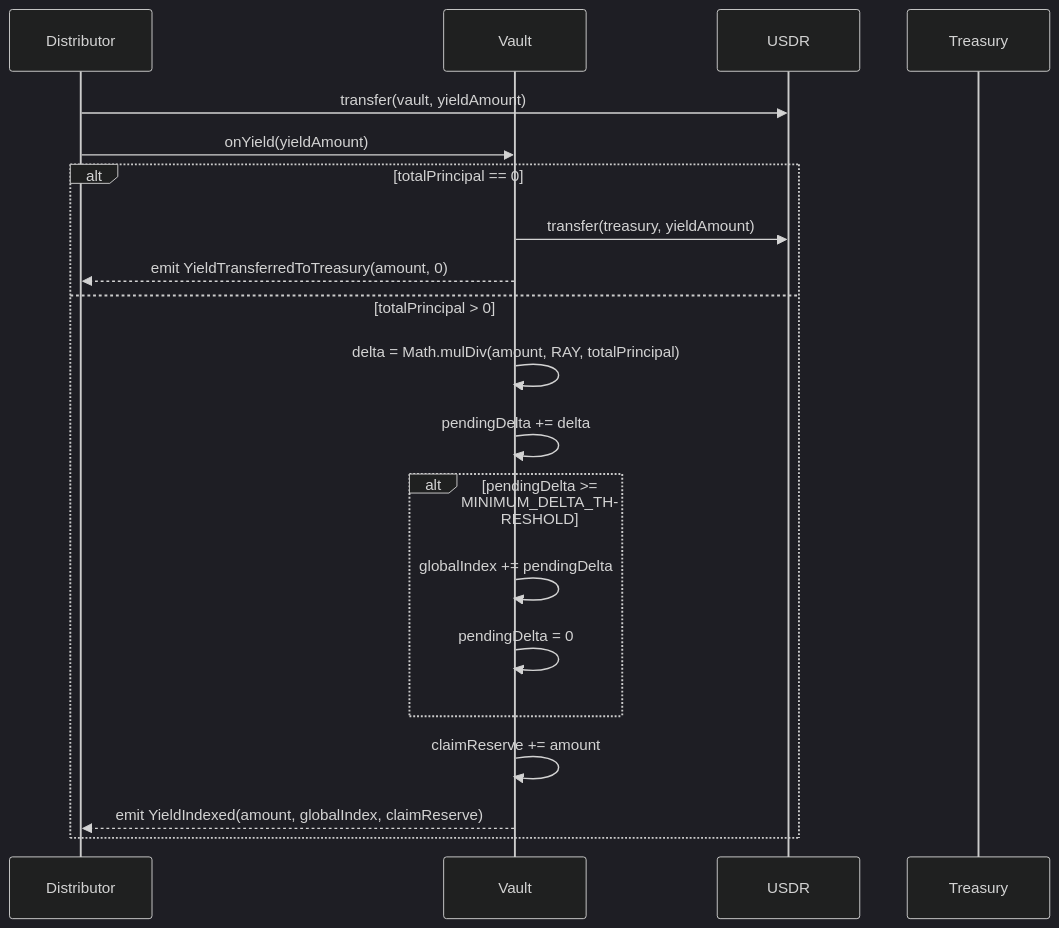
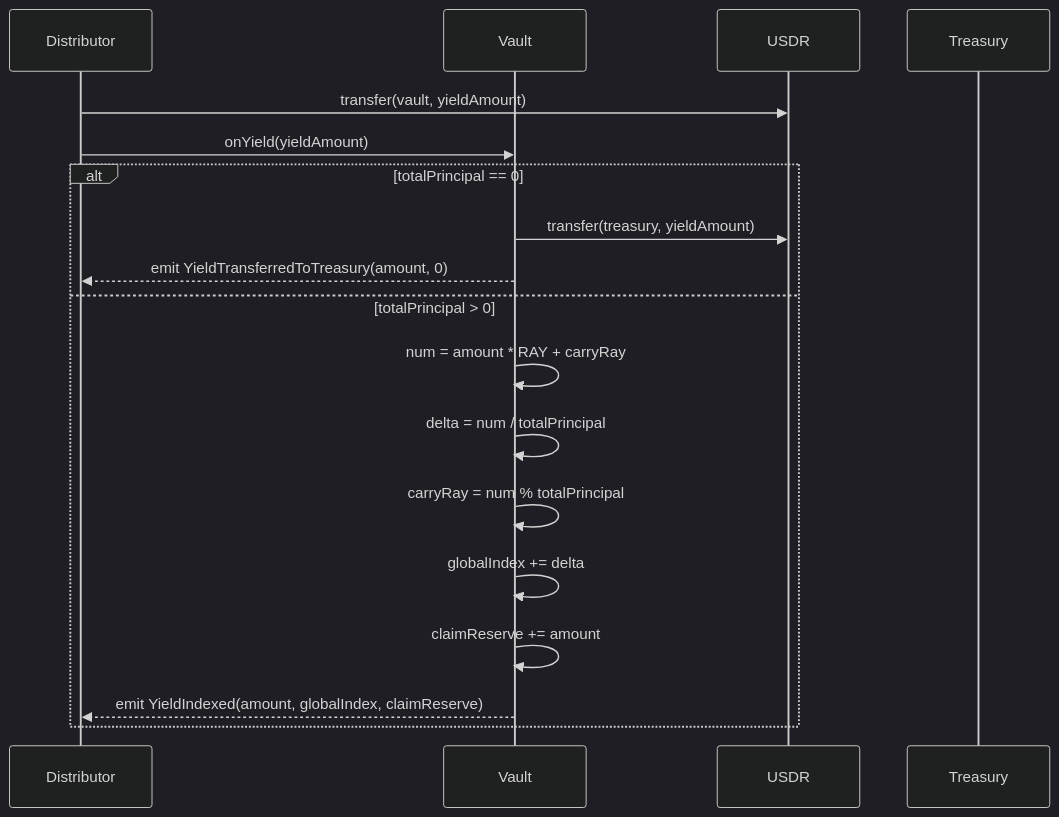
One commit to StartaleGroup/stablecoin-vault-contracts changed the second of 5 diagrams in src/vaults/earn/earn-vault.md. Above: the diagram before and after it, drawn with Mermaid (dark theme). The commit also changed other lines of this file and 3 other files, not shown here.

````diff
--- a/src/vaults/earn/earn-vault.md
+++ b/src/vaults/earn/earn-vault.md
@@ -79,24 +79,22 @@
 ```mermaid
 sequenceDiagram
     participant Distributor
     participant Vault
     participant USDR
     participant Treasury
     
     Distributor->>USDR: transfer(vault, yieldAmount)
     Distributor->>Vault: onYield(yieldAmount)
     
     alt totalPrincipal == 0
         Vault->>USDR: transfer(treasury, yieldAmount)
         Vault-->>Distributor: emit YieldTransferredToTreasury(amount, 0)
     else totalPrincipal > 0
-        Vault->>Vault: delta = Math.mulDiv(amount, RAY, totalPrincipal)
-        Vault->>Vault: pendingDelta += delta
-        alt pendingDelta >= MINIMUM_DELTA_THRESHOLD
-            Vault->>Vault: globalIndex += pendingDelta
-            Vault->>Vault: pendingDelta = 0
-        end
+        Vault->>Vault: num = amount * RAY + carryRay
+        Vault->>Vault: delta = num / totalPrincipal
+        Vault->>Vault: carryRay = num % totalPrincipal
+        Vault->>Vault: globalIndex += delta
         Vault->>Vault: claimReserve += amount
         Vault-->>Distributor: emit YieldIndexed(amount, globalIndex, claimReserve)
     end
 ```
````
